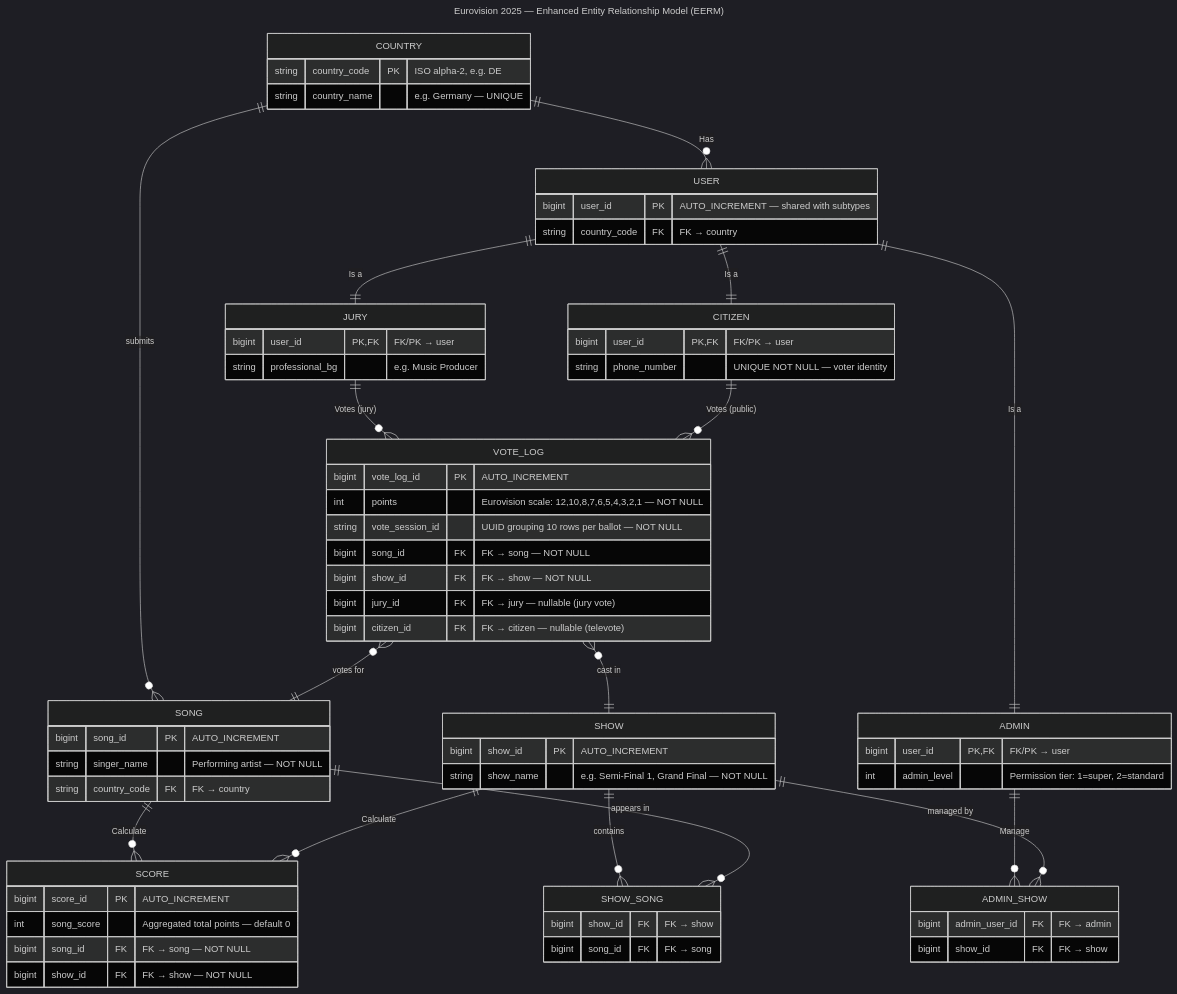
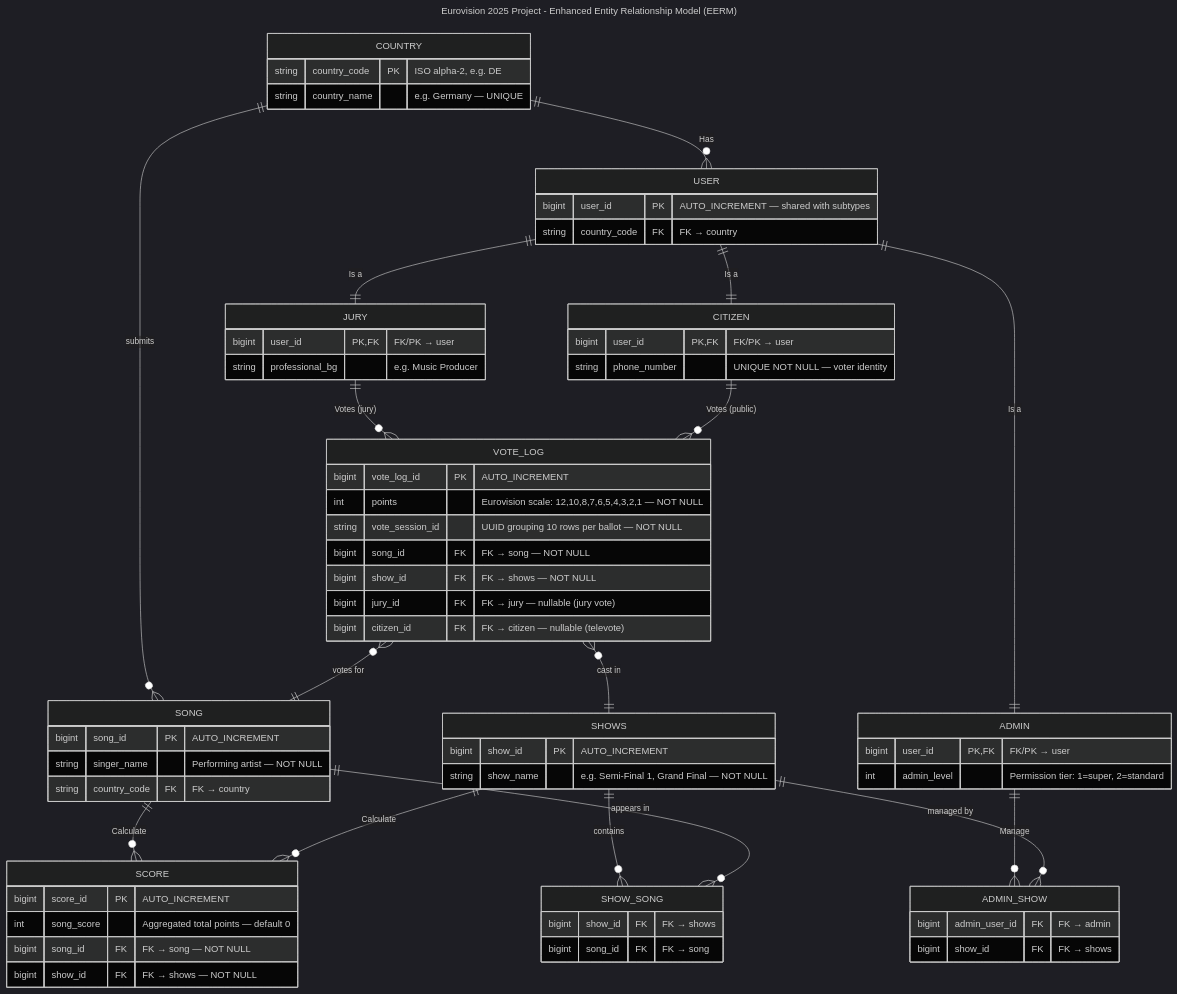
The diagram in docs/EERM.mermaid (bermar24/Databases_Eurovision_project), drawn with Mermaid (dark theme) before and after one commit. The commit also changed 15 other files, not shown here.

```diff
--- a/docs/EERM.mermaid
+++ b/docs/EERM.mermaid
@@ -1,124 +1,124 @@
 ---
-title: Eurovision 2025 — Enhanced Entity Relationship Model (EERM)
+title: Eurovision 2025 Project - Enhanced Entity Relationship Model (EERM)
 ---
 erDiagram
 
 %% ─────────────────────────────────────────────
 %% ENTITIES
 %% ─────────────────────────────────────────────
 
     COUNTRY {
         string country_code PK "ISO alpha-2, e.g. DE"
         string country_name    "e.g. Germany — UNIQUE"
     }
 
     USER {
         bigint user_id   PK  "AUTO_INCREMENT — shared with subtypes"
         string country_code FK "FK → country"
     }
 
     JURY {
         bigint user_id       PK, FK "FK/PK → user"
         string professional_bg     "e.g. Music Producer"
     }
 
     CITIZEN {
         bigint user_id      PK, FK "FK/PK → user"
         string phone_number       "UNIQUE NOT NULL — voter identity"
     }
 
     ADMIN {
         bigint user_id    PK, FK "FK/PK → user"
         int    admin_level       "Permission tier: 1=super, 2=standard"
     }
 
     SONG {
         bigint song_id      PK  "AUTO_INCREMENT"
         string singer_name      "Performing artist — NOT NULL"
         string country_code  FK "FK → country"
     }
 
     VOTE_LOG {
         bigint vote_log_id    PK  "AUTO_INCREMENT"
         int    points             "Eurovision scale: 12,10,8,7,6,5,4,3,2,1 — NOT NULL"
         string vote_session_id    "UUID grouping 10 rows per ballot — NOT NULL"
         bigint song_id         FK "FK → song — NOT NULL"
-        bigint show_id         FK "FK → show — NOT NULL"
+        bigint show_id         FK "FK → shows — NOT NULL"
         bigint jury_id         FK "FK → jury — nullable (jury vote)"
         bigint citizen_id      FK "FK → citizen — nullable (televote)"
     }
 
     SCORE {
         bigint score_id   PK  "AUTO_INCREMENT"
         int    song_score      "Aggregated total points — default 0"
         bigint song_id     FK "FK → song — NOT NULL"
-        bigint show_id     FK "FK → show — NOT NULL"
+        bigint show_id     FK "FK → shows — NOT NULL"
     }
 
-    SHOW {
+    SHOWS {
         bigint show_id   PK "AUTO_INCREMENT"
         string show_name    "e.g. Semi-Final 1, Grand Final — NOT NULL"
     }
 
 %% ─────────────────────────────────────────────
 %% JOIN TABLES (M:N resolutions)
 %% ─────────────────────────────────────────────
 
     SHOW_SONG {
-        bigint show_id  FK "FK → show"
+        bigint show_id  FK "FK → shows"
         bigint song_id  FK "FK → song"
     }
 
     ADMIN_SHOW {
         bigint admin_user_id FK "FK → admin"
-        bigint show_id       FK "FK → show"
+        bigint show_id       FK "FK → shows"
     }
 
 %% ─────────────────────────────────────────────
 %% RELATIONSHIPS
 %% ─────────────────────────────────────────────
 
 %% ── Has: Country → User (1:M) ────────────────
 %% "One country has many users"
     COUNTRY ||--o{ USER : "Has"
 
 %% ── Is a: User → Jury (Joined Table Inheritance)
 %% "A Jury IS A User"
     USER ||--|| JURY    : "Is a"
     USER ||--|| CITIZEN : "Is a"
     USER ||--|| ADMIN   : "Is a"
 
 %% ── Country → Song (1:M) ─────────────────────
 %% "One country submits many songs"
     COUNTRY ||--o{ SONG : "submits"
 
 %% ── Votes: Jury → VoteLog (1:M) ─────────────
 %% "One jury member casts many votes"
     JURY    ||--o{ VOTE_LOG : "Votes (jury)"
 
 %% ── Votes: Citizen → VoteLog (1:M) ──────────
 %% "One citizen casts many votes"
     CITIZEN ||--o{ VOTE_LOG : "Votes (public)"
 
 %% ── VoteLog → Song (M:1) ─────────────────────
 %% "Many votes target one song"
     VOTE_LOG }o--|| SONG : "votes for"
 
 %% ── VoteLog → Show (M:1) ─────────────────────
 %% "Many votes belong to one show"
-    VOTE_LOG }o--|| SHOW : "cast in"
+    VOTE_LOG }o--|| SHOWS : "cast in"
 
 %% ── Calculate: Song/Show → Score (M:1 each, UNIQUE together) ─
 %% "One score per song per show — independent per show"
     SONG    ||--o{ SCORE : "Calculate"
-    SHOW    ||--o{ SCORE : "Calculate"
+    SHOWS   ||--o{ SCORE : "Calculate"
 
 %% ── Song ↔ Show (M:N via SHOW_SONG) ──────────
 %% "Songs appear in shows"
-    SHOW     ||--o{ SHOW_SONG  : "contains"
+    SHOWS    ||--o{ SHOW_SONG  : "contains"
     SONG     ||--o{ SHOW_SONG  : "appears in"
 
 %% ── Manage: Admin ↔ Show (M:N via ADMIN_SHOW)
 %% "Admins manage shows"
     ADMIN    ||--o{ ADMIN_SHOW : "Manage"
-    SHOW     ||--o{ ADMIN_SHOW : "managed by"
+    SHOWS    ||--o{ ADMIN_SHOW : "managed by"
```
